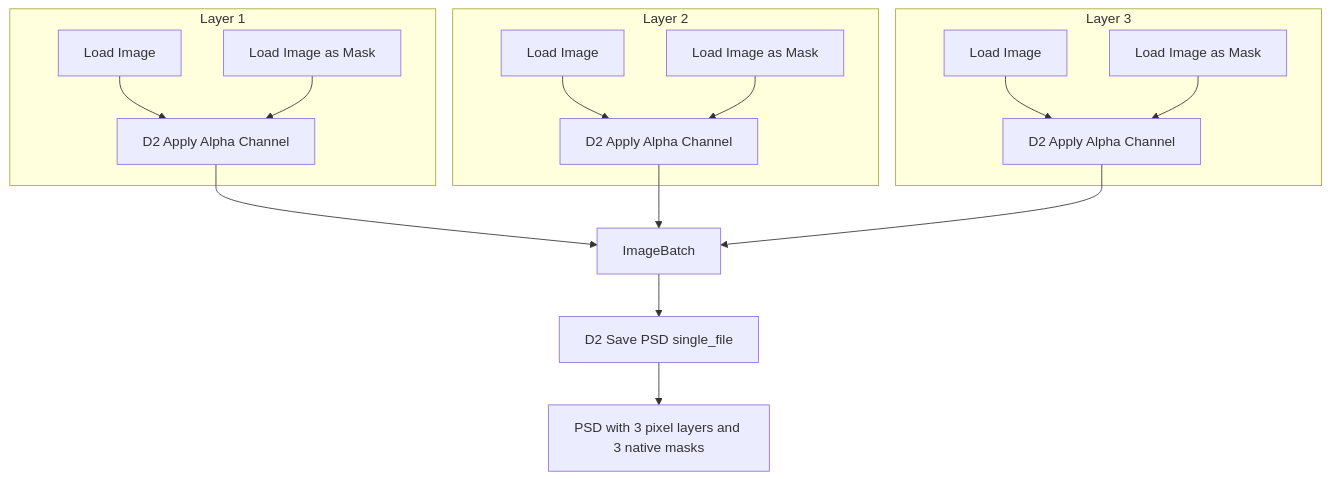
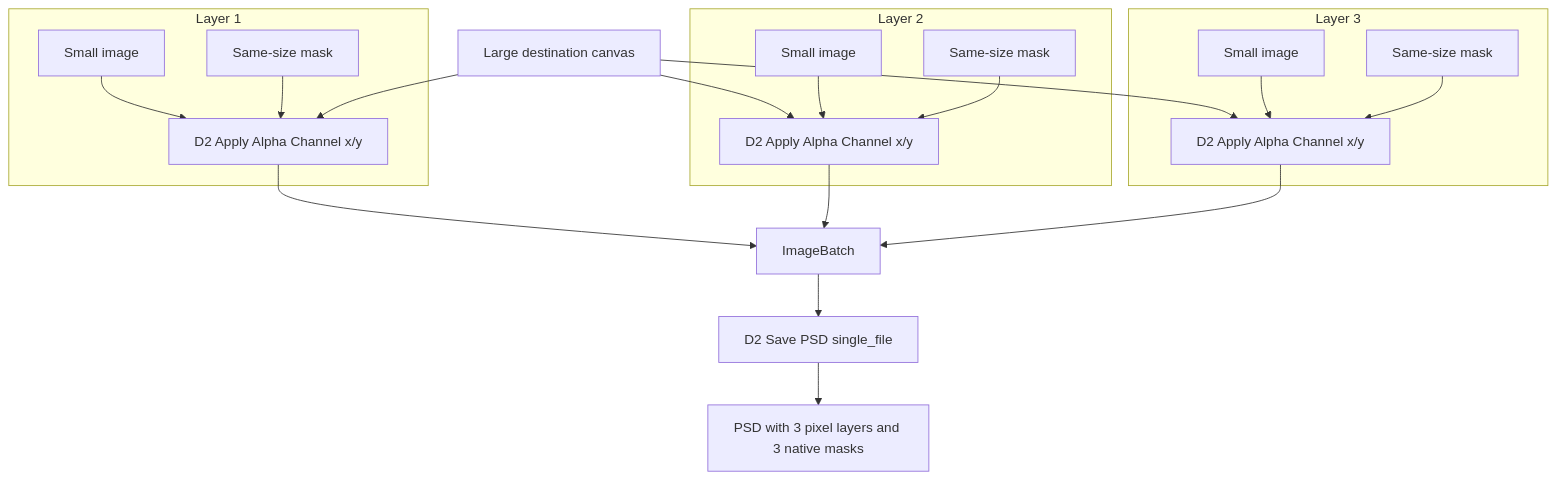
The second of 2 diagrams in README.md (glaseagle/PSDC), drawn with Mermaid before and after one commit. The commit also changed other lines of this file and 4 other files, not shown here.

Commit message:
Add positioned alpha mask compositing

````diff
--- a/README.md
+++ b/README.md
@@ -102,20 +108,23 @@
 ```mermaid
 flowchart TB
     subgraph L1["Layer 1"]
-        I1["Load Image"] --> A1["D2 Apply Alpha Channel"]
-        M1["Load Image as Mask"] --> A1
+        I1["Small image"] --> A1["D2 Apply Alpha Channel x/y"]
+        M1["Same-size mask"] --> A1
     end
     subgraph L2["Layer 2"]
-        I2["Load Image"] --> A2["D2 Apply Alpha Channel"]
-        M2["Load Image as Mask"] --> A2
+        I2["Small image"] --> A2["D2 Apply Alpha Channel x/y"]
+        M2["Same-size mask"] --> A2
     end
     subgraph L3["Layer 3"]
-        I3["Load Image"] --> A3["D2 Apply Alpha Channel"]
-        M3["Load Image as Mask"] --> A3
+        I3["Small image"] --> A3["D2 Apply Alpha Channel x/y"]
+        M3["Same-size mask"] --> A3
     end
+    C["Large destination canvas"] --> A1
+    C --> A2
+    C --> A3
     A1 --> B["ImageBatch"]
     A2 --> B
     A3 --> B
     B --> S["D2 Save PSD single_file"]
     S --> P["PSD with 3 pixel layers and 3 native masks"]
 ```
````
